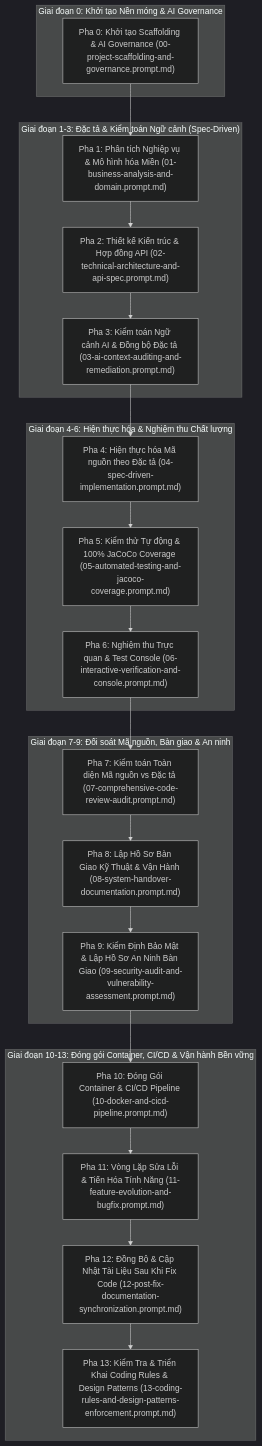
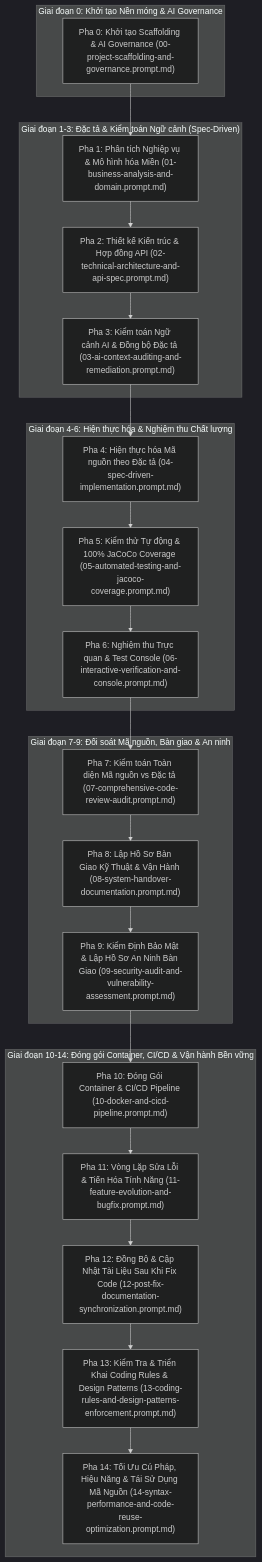
Before and after one commit to duongbaphuc/ai-native-oms-api: the diagram in docs/prompt/01-sdlc-playbook/00-MASTER-AI-NATIVE-SDLC-PLAYBOOK.md, drawn with Mermaid (dark theme). The commit also changed other lines of this file and 2 other files, not shown here.

Commit message:
feat(prompt): add Phase 14 prompt for syntax, performance, and code reuse optimization

````diff
--- a/docs/prompt/01-sdlc-playbook/00-MASTER-AI-NATIVE-SDLC-PLAYBOOK.md
+++ b/docs/prompt/01-sdlc-playbook/00-MASTER-AI-NATIVE-SDLC-PLAYBOOK.md
@@ -9,31 +9,32 @@
 ```mermaid
 graph TD
     subgraph "Giai đoạn 0: Khởi tạo Nền móng & AI Governance"
         P0["Pha 0: Khởi tạo Scaffolding & AI Governance (00-project-scaffolding-and-governance.prompt.md)"]
     end
 
     subgraph "Giai đoạn 1-3: Đặc tả & Kiểm toán Ngữ cảnh (Spec-Driven)"
         P0 --> P1["Pha 1: Phân tích Nghiệp vụ & Mô hình hóa Miền (01-business-analysis-and-domain.prompt.md)"]
         P1 --> P2["Pha 2: Thiết kế Kiến trúc & Hợp đồng API (02-technical-architecture-and-api-spec.prompt.md)"]
         P2 --> P3["Pha 3: Kiểm toán Ngữ cảnh AI & Đồng bộ Đặc tả (03-ai-context-auditing-and-remediation.prompt.md)"]
     end
 
     subgraph "Giai đoạn 4-6: Hiện thực hóa & Nghiệm thu Chất lượng"
         P3 --> P4["Pha 4: Hiện thực hóa Mã nguồn theo Đặc tả (04-spec-driven-implementation.prompt.md)"]
         P4 --> P5["Pha 5: Kiểm thử Tự động & 100% JaCoCo Coverage (05-automated-testing-and-jacoco-coverage.prompt.md)"]
         P5 --> P6["Pha 6: Nghiệm thu Trực quan & Test Console (06-interactive-verification-and-console.prompt.md)"]
     end
 
     subgraph "Giai đoạn 7-9: Đối soát Mã nguồn, Bàn giao & An ninh"
         P6 --> P7["Pha 7: Kiểm toán Toàn diện Mã nguồn vs Đặc tả (07-comprehensive-code-review-audit.prompt.md)"]
         P7 --> P8["Pha 8: Lập Hồ Sơ Bàn Giao Kỹ Thuật & Vận Hành (08-system-handover-documentation.prompt.md)"]
         P8 --> P9["Pha 9: Kiểm Định Bảo Mật & Lập Hồ Sơ An Ninh Bàn Giao (09-security-audit-and-vulnerability-assessment.prompt.md)"]
     end
 
-    subgraph "Giai đoạn 10-13: Đóng gói Container, CI/CD & Vận hành Bền vững"
+    subgraph "Giai đoạn 10-14: Đóng gói Container, CI/CD & Vận hành Bền vững"
         P9 --> P10["Pha 10: Đóng Gói Container & CI/CD Pipeline (10-docker-and-cicd-pipeline.prompt.md)"]
         P10 --> P11["Pha 11: Vòng Lặp Sửa Lỗi & Tiến Hóa Tính Năng (11-feature-evolution-and-bugfix.prompt.md)"]
         P11 --> P12["Pha 12: Đồng Bộ & Cập Nhật Tài Liệu Sau Khi Fix Code (12-post-fix-documentation-synchronization.prompt.md)"]
         P12 --> P13["Pha 13: Kiểm Tra & Triển Khai Coding Rules & Design Patterns (13-coding-rules-and-design-patterns-enforcement.prompt.md)"]
+        P13 --> P14["Pha 14: Tối Ưu Cú Pháp, Hiệu Năng & Tái Sử Dụng Mã Nguồn (14-syntax-performance-and-code-reuse-optimization.prompt.md)"]
     end
 ```
````
